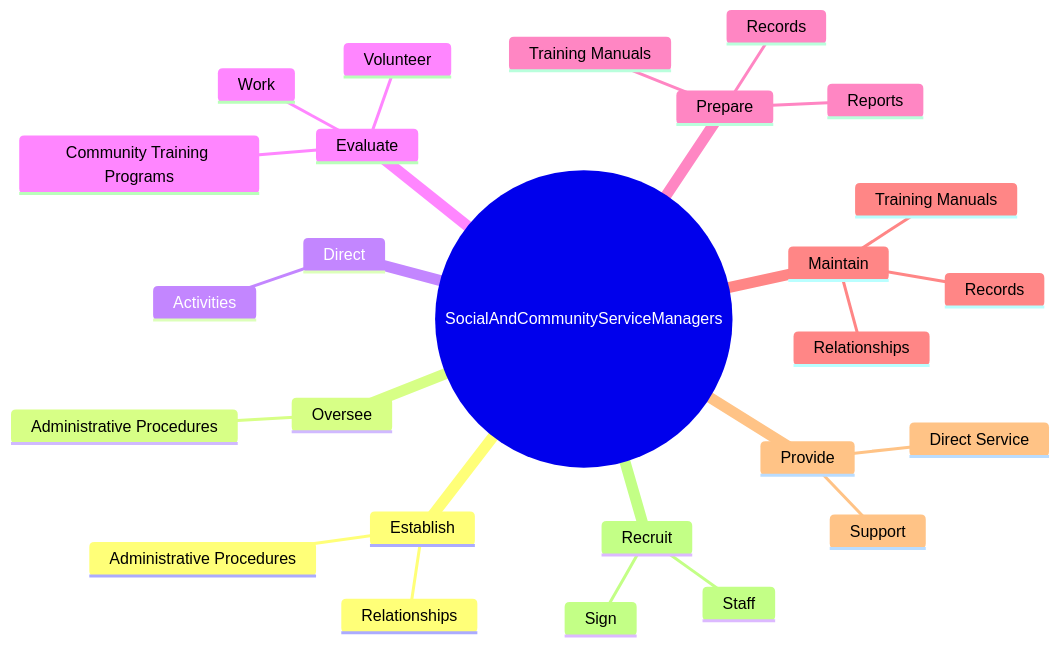
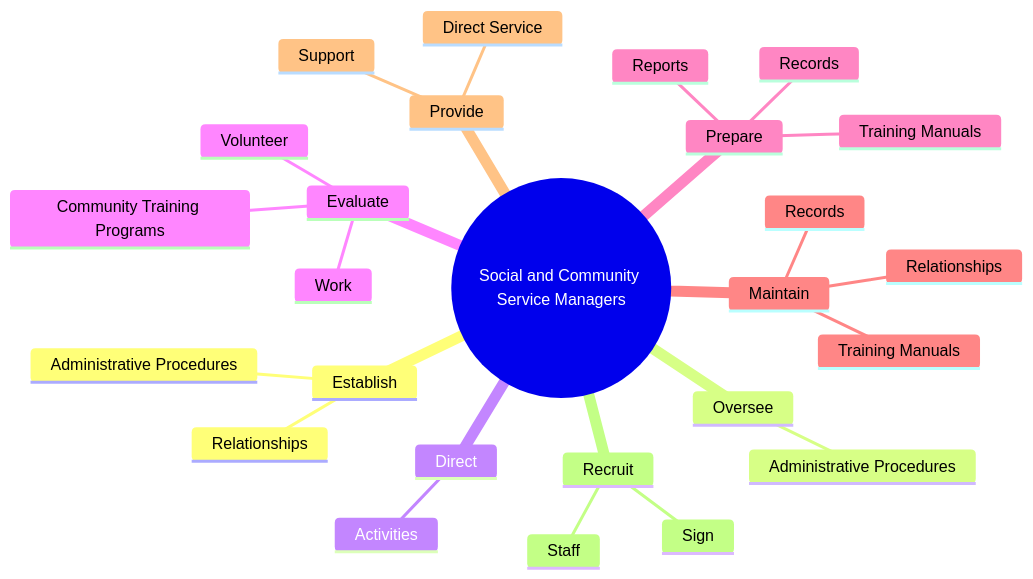
The second of 4 diagrams in occupations/Management/SocialAndCommunityServiceManagers.mdx (kziemski/business.org.ai), drawn with Mermaid before and after one commit. The commit also changed other lines of this file and 938 other files, not shown here.

````diff
--- a/occupations/Management/SocialAndCommunityServiceManagers.mdx
+++ b/occupations/Management/SocialAndCommunityServiceManagers.mdx
@@ -37,29 +45,29 @@
 ```mermaid
 mindmap
-    root(("SocialAndCommunityServiceManagers"))
+    root(("Social and Community Service Managers"))
         Establish
             Administrative Procedures
             Relationships
         Oversee
             Administrative Procedures
         Direct
             Activities
         Evaluate
             Work
             Volunteer
             Community Training Programs
         Prepare
             Records
             Reports
             Training Manuals
         Maintain
             Records
             Training Manuals
             Relationships
         Provide
             Direct Service
             Support
         Recruit
             Sign
             Staff
 ```
````
